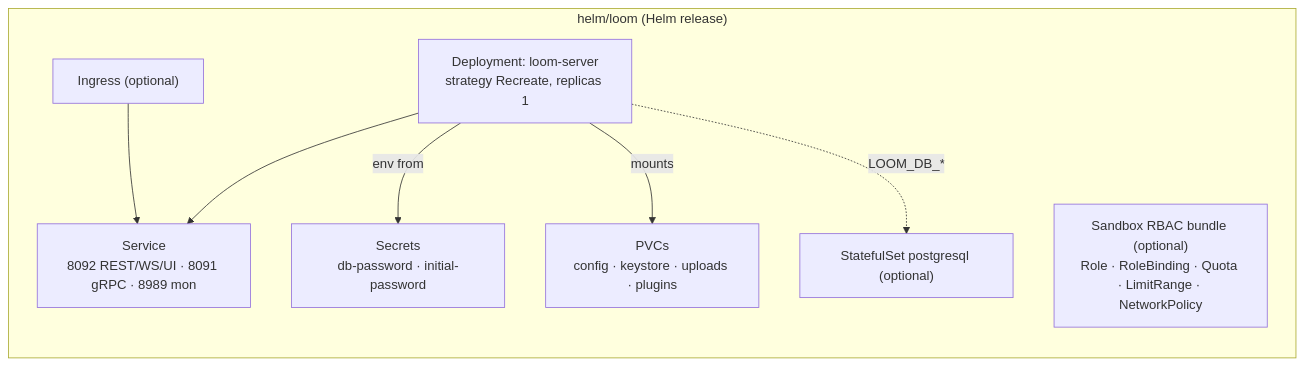
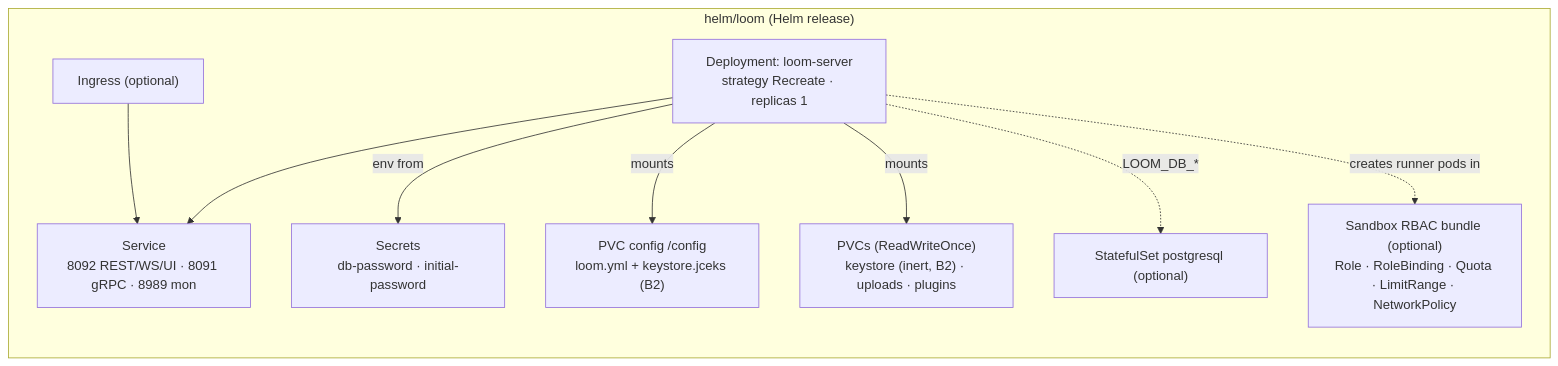
Before and after one commit to metaloom/metaloom: the diagram in spec/features/helm/HELM_LOOM.md, drawn with Mermaid. The commit also changed other lines of this file and 53 other files, not shown here.

````diff
--- a/spec/features/helm/HELM_LOOM.md
+++ b/spec/features/helm/HELM_LOOM.md
@@ -15,18 +42,21 @@
 ```mermaid
 graph TB
     subgraph chart["helm/loom (Helm release)"]
         direction TB
-        DEP["Deployment: loom-server<br/>strategy Recreate, replicas 1"]
+        DEP["Deployment: loom-server<br/>strategy Recreate · replicas 1"]
         SVC["Service<br/>8092 REST/WS/UI · 8091 gRPC · 8989 mon"]
         SEC["Secrets<br/>db-password · initial-password"]
-        PVC["PVCs<br/>config · keystore · uploads · plugins"]
+        CFG["PVC config /config<br/>loom.yml + keystore.jceks (B2)"]
+        PVC["PVCs (ReadWriteOnce)<br/>keystore (inert, B2) · uploads · plugins"]
         ING["Ingress (optional)"]
         PG["StatefulSet postgresql (optional)"]
         SB["Sandbox RBAC bundle (optional)<br/>Role · RoleBinding · Quota · LimitRange · NetworkPolicy"]
     end
     DEP --> SVC
     DEP -->|env from| SEC
+    DEP -->|mounts| CFG
     DEP -->|mounts| PVC
     DEP -.->|LOOM_DB_*| PG
+    DEP -.->|creates runner pods in| SB
     ING --> SVC
 ```
````
